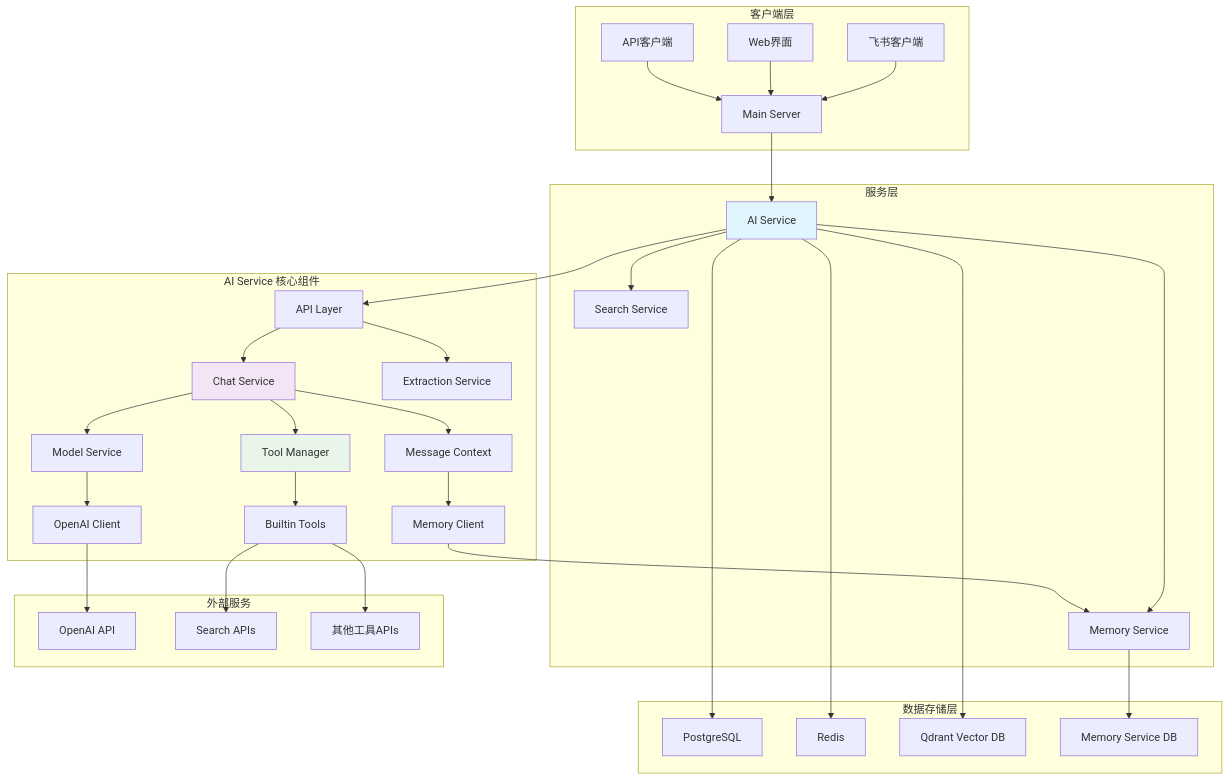
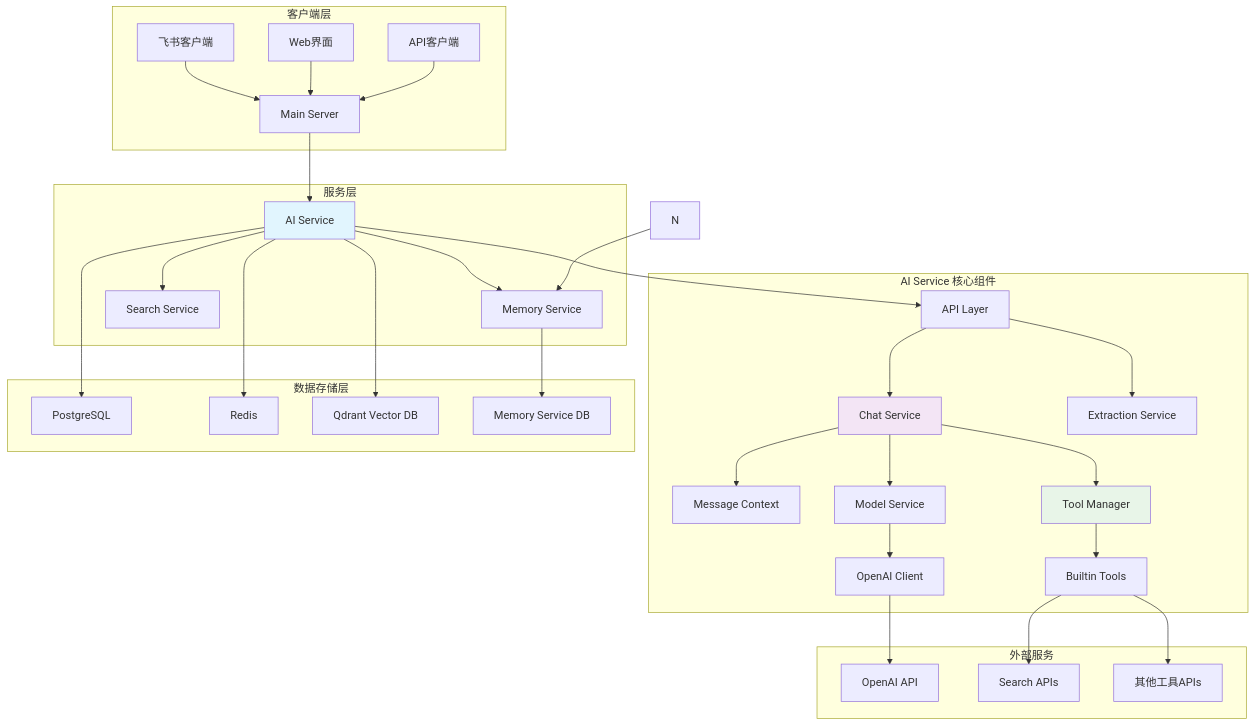
Before and after one commit to bezhai/inner_bot_server: the first of 14 diagrams in ai-service/app/README.md, drawn with Mermaid. The commit also changed other lines of this file and 12 other files, not shown here.

````diff
--- a/ai-service/app/README.md
+++ b/ai-service/app/README.md
@@ -21,55 +21,54 @@
 ```mermaid
 graph TB
     subgraph "客户端层"
         A[飞书客户端] --> B[Main Server]
         C[Web界面] --> B
         D[API客户端] --> B
     end
     
     subgraph "服务层"
         B --> E[AI Service]
         E --> F[Memory Service]
         E --> G[Search Service]
     end
     
     subgraph "AI Service 核心组件"
         E --> H[API Layer]
         H --> I[Chat Service]
         H --> J[Extraction Service]
         
         I --> K[Message Context]
         I --> L[Model Service]
         I --> M[Tool Manager]
         
-        K --> N[Memory Client]
         L --> O[OpenAI Client]
         M --> P[Builtin Tools]
     end
     
     subgraph "数据存储层"
         Q[PostgreSQL]
         R[Redis]
         S[Qdrant Vector DB]
         T[Memory Service DB]
     end
     
     subgraph "外部服务"
         U[OpenAI API]
         V[Search APIs]
         W[其他工具APIs]
     end
     
     N --> F
     F --> T
     O --> U
     P --> V
     P --> W
     
     E --> Q
     E --> R
     E --> S
     
     style E fill:#e1f5fe
     style I fill:#f3e5f5
     style M fill:#e8f5e8
 ```
````
